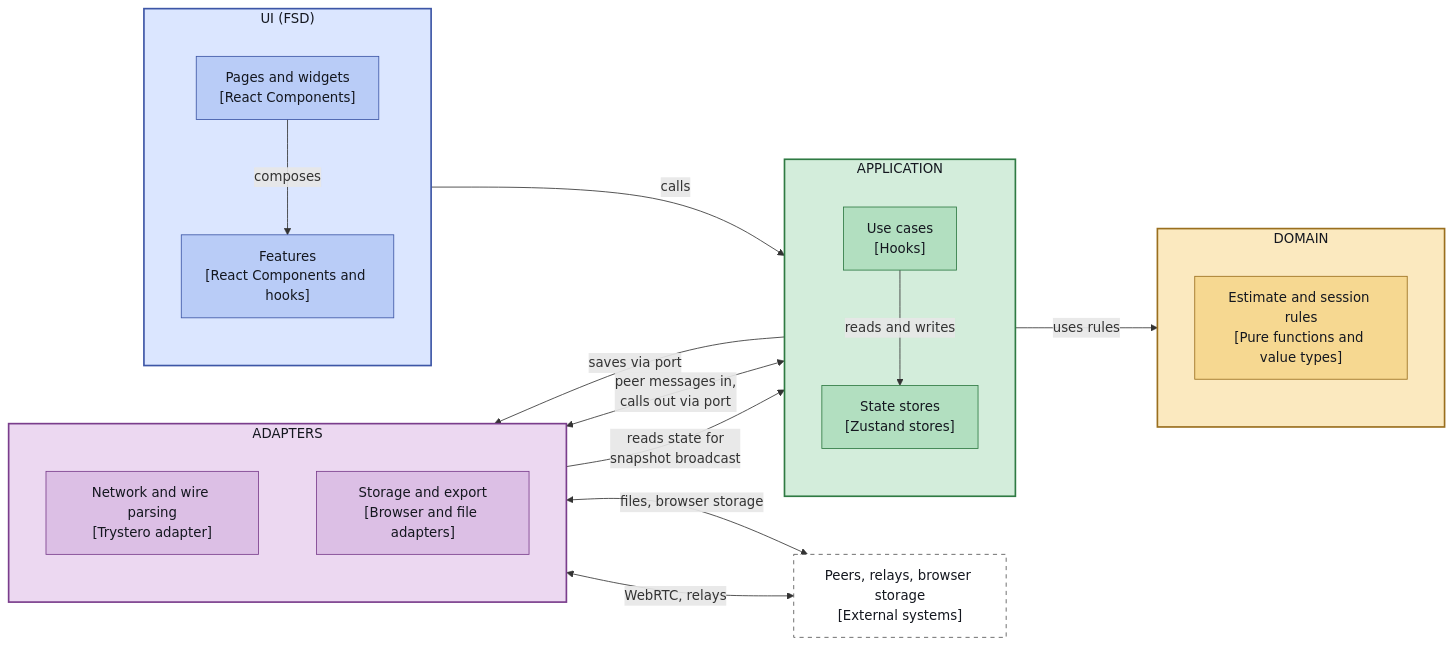
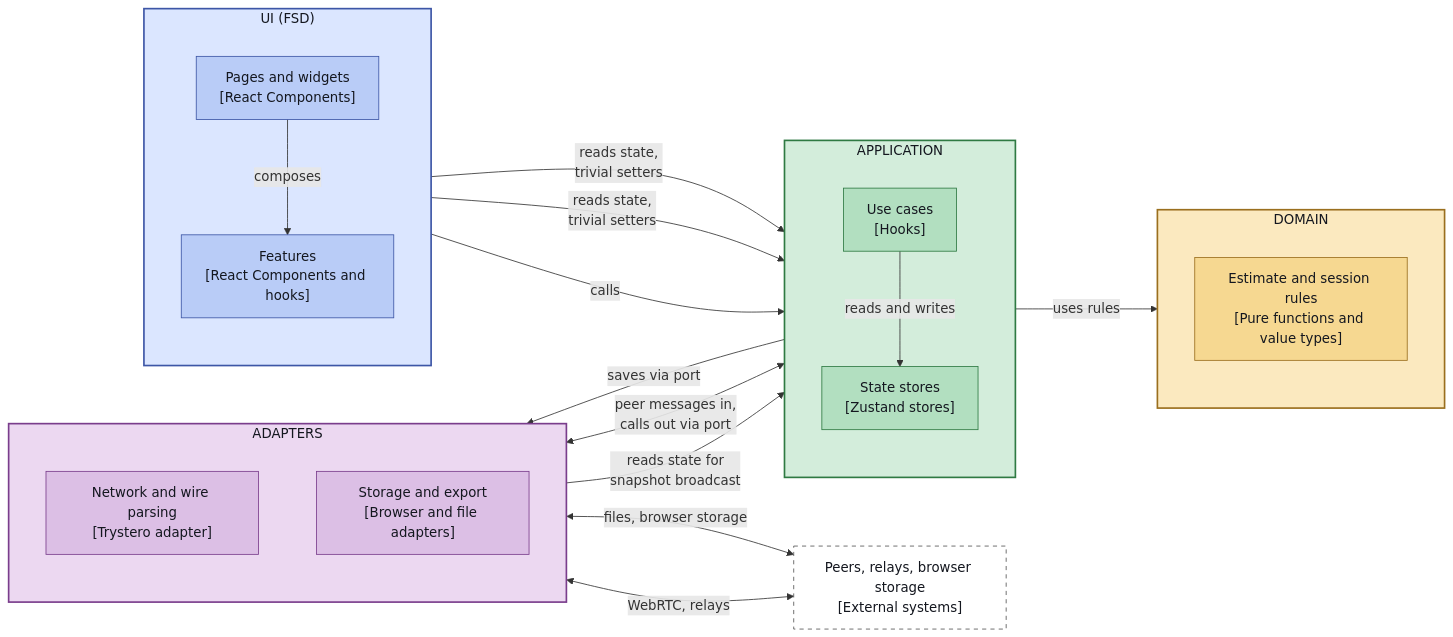
Before and after one commit to cfisch3r/estimate: the second of 2 diagrams in docs/adr/009-architecture-style-fsd-vs-hexagonal-core.md, drawn with Mermaid. The commit also changed other lines of this file and 27 other files, not shown here.

````diff
--- a/docs/adr/009-architecture-style-fsd-vs-hexagonal-core.md
+++ b/docs/adr/009-architecture-style-fsd-vs-hexagonal-core.md
@@ -109,47 +111,48 @@
 ```mermaid
 %%{init: {"flowchart": {"nodeSpacing": 70, "rankSpacing": 90, "padding": 14}}}%%
 flowchart LR
   subgraph UI["UI (FSD)"]
     direction TB
     Pages["Pages and widgets<br/>[React Components]"]
     Features["Features<br/>[React Components and hooks]"]
   end
   subgraph APP["APPLICATION"]
     direction TB
     UseCases["Use cases<br/>[Hooks]"]
     Stores["State stores<br/>[Zustand stores]"]
   end
   subgraph AD["ADAPTERS"]
     direction TB
     Net["Network and wire parsing<br/>[Trystero adapter]"]
     Store["Storage and export<br/>[Browser and file adapters]"]
   end
   subgraph DOM["DOMAIN"]
     direction TB
     Core["Estimate and session rules<br/>[Pure functions and value types]"]
   end
   Ext["Peers, relays, browser storage<br/>[External systems]"]
   Pages -->|composes| Features
   Features -->|calls| UseCases
+  Pages & Features -->|reads state,<br/>trivial setters| Stores
   UseCases -->|uses rules| Core
   UseCases -->|reads and writes| Stores
   UseCases <-->|peer messages in,<br/>calls out via port| Net
   UseCases -->|saves via port| Store
   Net -->|reads state for<br/>snapshot broadcast| Stores
   Net <-->|WebRTC, relays| Ext
   Store <-->|files, browser storage| Ext
   style UI fill:#dbe6ff,stroke:#3d56a6,stroke-width:2px,color:#14171f
   style APP fill:#d3eddb,stroke:#2f7a43,stroke-width:2px,color:#14171f
   style DOM fill:#fbe9bf,stroke:#9a6f1e,stroke-width:2px,color:#14171f
   style AD fill:#ecd8f1,stroke:#7a3d8c,stroke-width:2px,color:#14171f
   classDef ui fill:#b9ccf7,stroke:#3d56a6,color:#14171f
   classDef app fill:#b2dfc0,stroke:#2f7a43,color:#14171f
   classDef dom fill:#f6d891,stroke:#9a6f1e,color:#14171f
   classDef ad fill:#dcbfe5,stroke:#7a3d8c,color:#14171f
   classDef ext fill:#ffffff,stroke:#555555,color:#14171f,stroke-dasharray: 5 5
   class Pages,Features ui
   class UseCases,Stores app
   class Core dom
   class Net,Store ad
   class Ext ext
 ```
````
